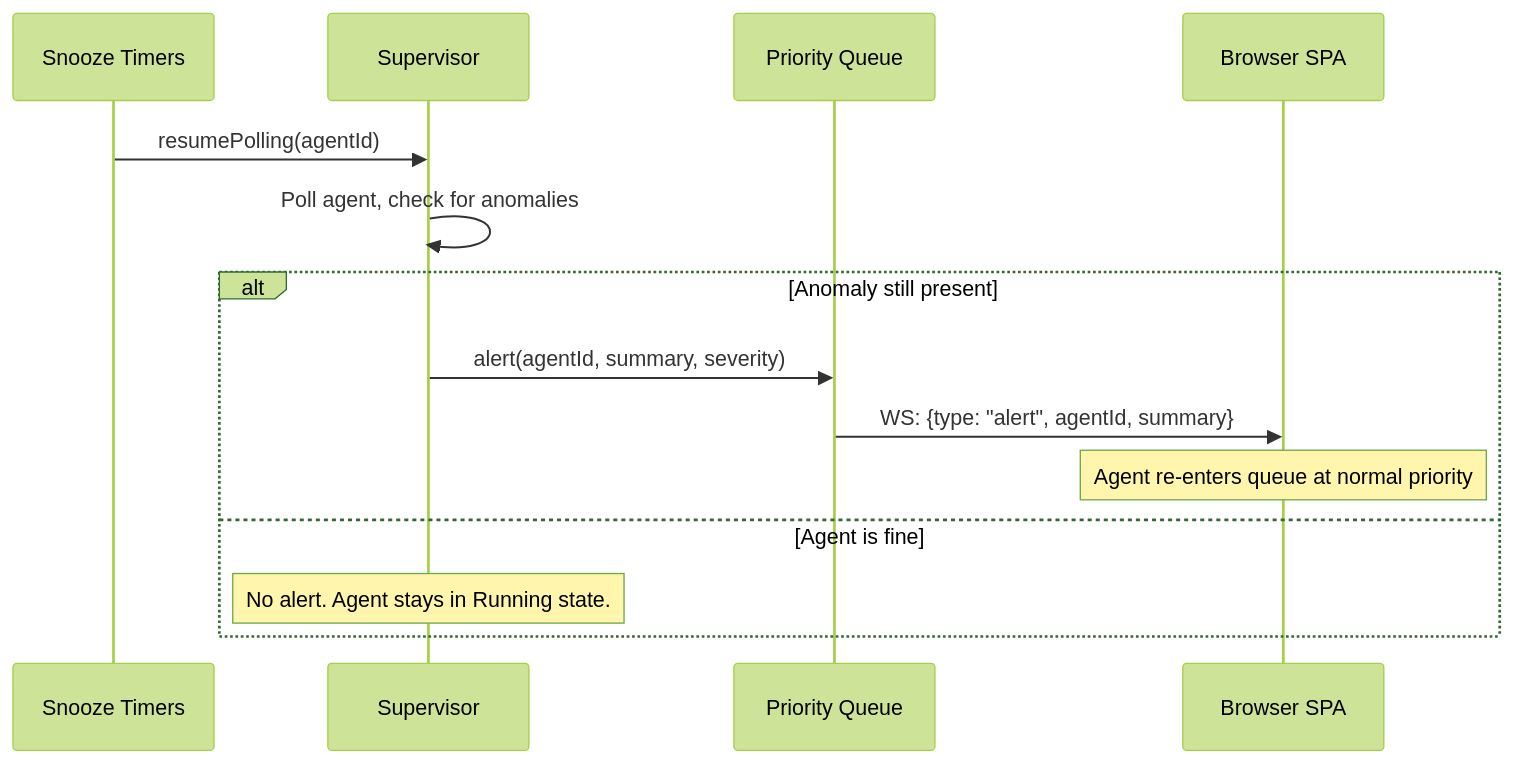
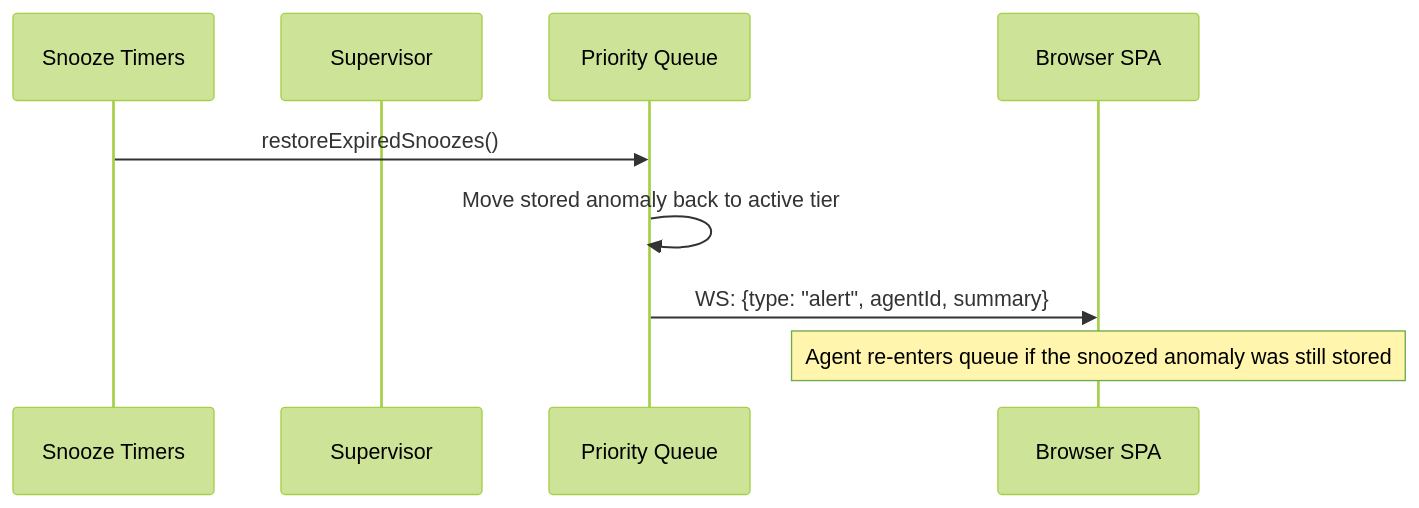
One commit to kookr-ai/kookr changed the fourth of 7 diagrams in docs/system-models/subsystems/attention-router/02-key-sequences.md. Above: the diagram before and after it, drawn with Mermaid (forest theme). The commit also changed other lines of this file and 23 other files, not shown here.

Commit message:
docs: reconcile architecture models with implementation

````diff
--- a/docs/system-models/subsystems/attention-router/02-key-sequences.md
+++ b/docs/system-models/subsystems/attention-router/02-key-sequences.md
@@ -82,17 +82,12 @@
 ```mermaid
 sequenceDiagram
   participant ST as Snooze Timers
   participant Sup as Supervisor
   participant PQ as Priority Queue
   participant SPA as Browser SPA
 
-  ST->>Sup: resumePolling(agentId)
-  Sup->>Sup: Poll agent, check for anomalies
-  alt Anomaly still present
-    Sup->>PQ: alert(agentId, summary, severity)
-    PQ->>SPA: WS: {type: "alert", agentId, summary}
-    Note over SPA: Agent re-enters queue at normal priority
-  else Agent is fine
-    Note over Sup: No alert. Agent stays in Running state.
-  end
+  ST->>PQ: restoreExpiredSnoozes()
+  PQ->>PQ: Move stored anomaly back to active tier
+  PQ->>SPA: WS: {type: "alert", agentId, summary}
+  Note over SPA: Agent re-enters queue if the snoozed anomaly was still stored
 ```
````
